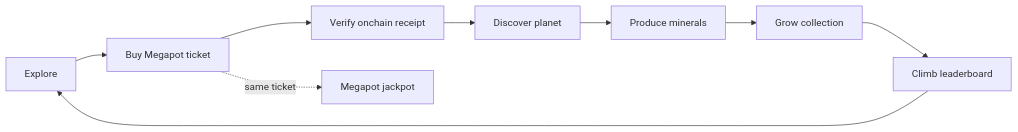
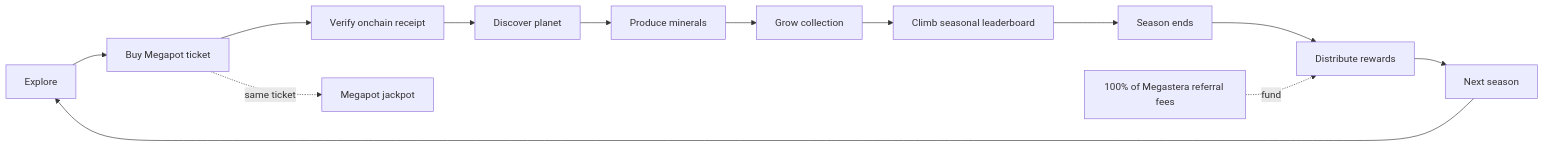
The first of 3 diagrams in README.md (AstralEX1/megastera), drawn with Mermaid before and after one commit. The commit also changed other lines of this file and 1 other file, not shown here.

Commit message:
Add seasonal reward loop and planet preview

````diff
--- a/README.md
+++ b/README.md
@@ -25,11 +32,15 @@
 ```mermaid
 flowchart LR
   A[Explore] --> B[Buy Megapot ticket]
   B --> C[Verify onchain receipt]
   C --> D[Discover planet]
   D --> E[Produce minerals]
   E --> F[Grow collection]
-  F --> G[Climb leaderboard]
-  G --> A
-  B -. same ticket .-> H[Megapot jackpot]
+  F --> G[Climb seasonal leaderboard]
+  G --> H[Season ends]
+  H --> I[Distribute rewards]
+  I --> J[Next season]
+  J --> A
+  B -. same ticket .-> K[Megapot jackpot]
+  R[100% of Megastera referral fees] -. fund .-> I
 ```
````
